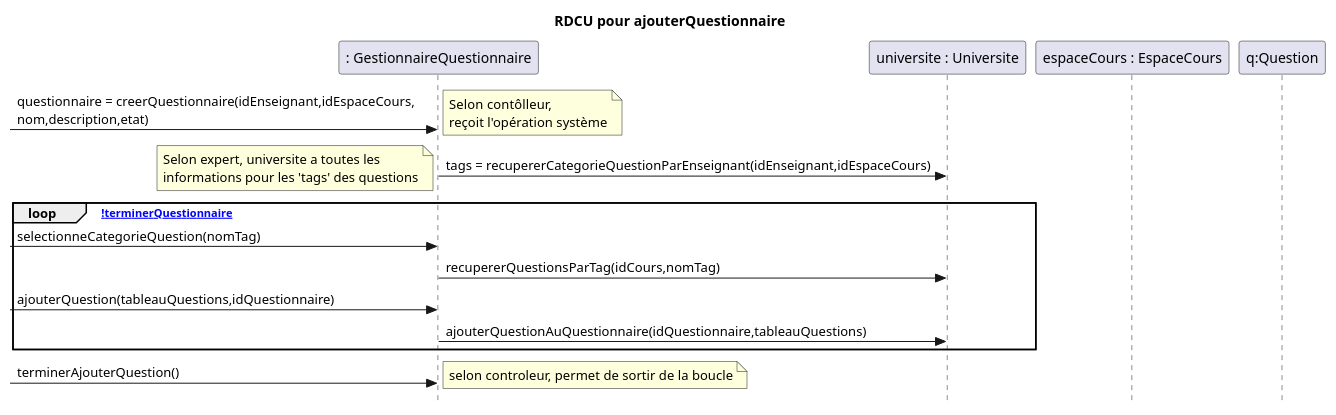
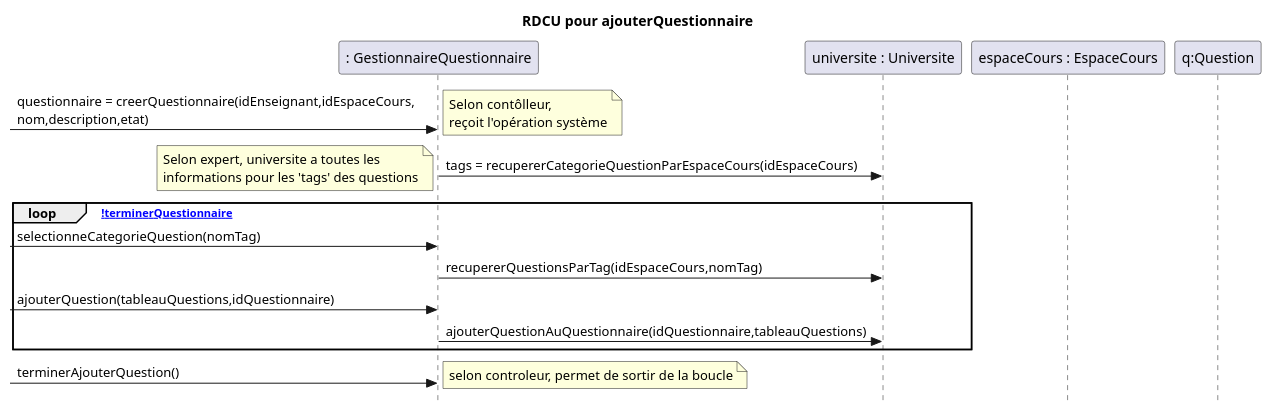
The diagram in docs/Ajouter questionnaire/RDCU_Ajouter_Questionnaire.puml (nerdz88/SGA-TS), drawn with PlantUML before and after one commit. The commit also changed 6 other files, not shown here.

```diff
--- a/docs/Ajouter questionnaire/RDCU_Ajouter_Questionnaire.puml
+++ b/docs/Ajouter questionnaire/RDCU_Ajouter_Questionnaire.puml
@@ -1,25 +1,25 @@
 @startuml ajouterQuestionnaireGenerale
 skinparam style strictuml
 skinparam defaultfontname Verdana
 title RDCU pour ajouterQuestionnaire
 participant ": GestionnaireQuestionnaire" as gestionnaireQuestion
 participant "universite : Universite" as universite
 participant "espaceCours : EspaceCours" as cours
 participant "q:Question" as question
 
 ->gestionnaireQuestion : questionnaire = creerQuestionnaire(idEnseignant,idEspaceCours,\nnom,description,etat)
 note left : Selon contôlleur,\nreçoit l'opération système 
-gestionnaireQuestion -> universite : tags = recupererCategorieQuestionParEnseignant(idEnseignant,idEspaceCours)
+gestionnaireQuestion -> universite : tags = recupererCategorieQuestionParEspaceCours(idEspaceCours)
 'TODO manque détail de université à espaceCours à question'
 note left : Selon expert, universite a toutes les\ninformations pour les 'tags' des questions
 loop [!terminerQuestionnaire]
 ->gestionnaireQuestion :selectionneCategorieQuestion(nomTag)
-gestionnaireQuestion->universite : recupererQuestionsParTag(idCours,nomTag)
+gestionnaireQuestion->universite : recupererQuestionsParTag(idEspaceCours,nomTag)
 'TODO manque détail de université à espaceCours à question'
 ->gestionnaireQuestion :ajouterQuestion(tableauQuestions,idQuestionnaire)
 'TODO manque détail de université à espaceCours à question'
 gestionnaireQuestion->universite : ajouterQuestionAuQuestionnaire(idQuestionnaire,tableauQuestions)
 end
 -> gestionnaireQuestion : terminerAjouterQuestion()
 note left : selon controleur, permet de sortir de la boucle
 @enduml
```
